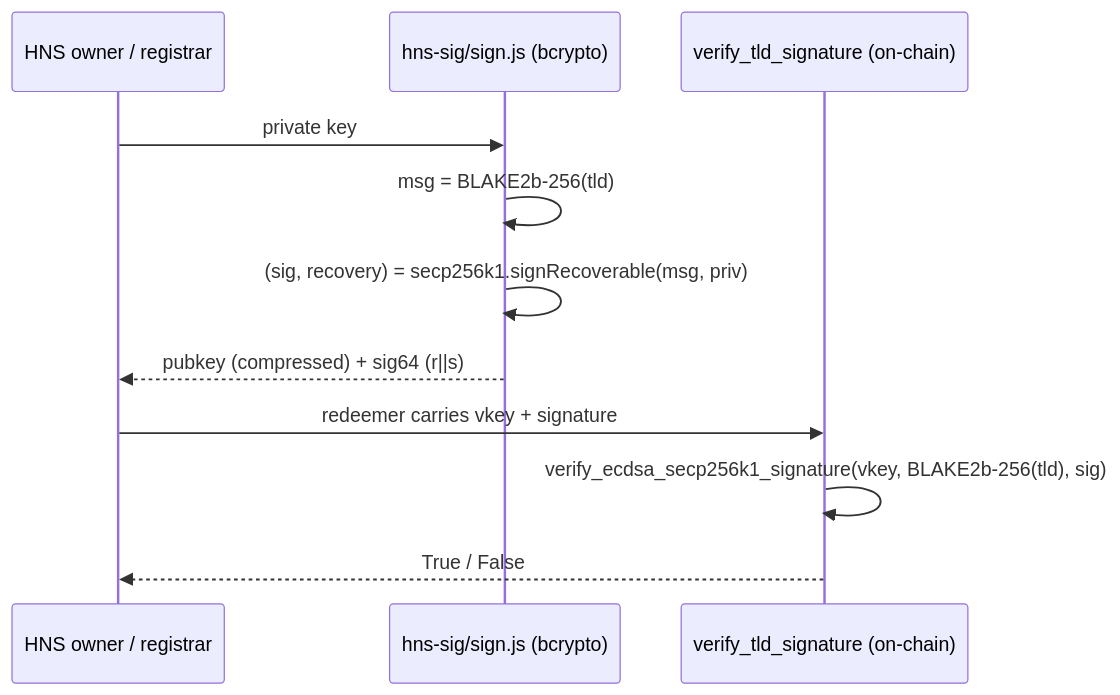
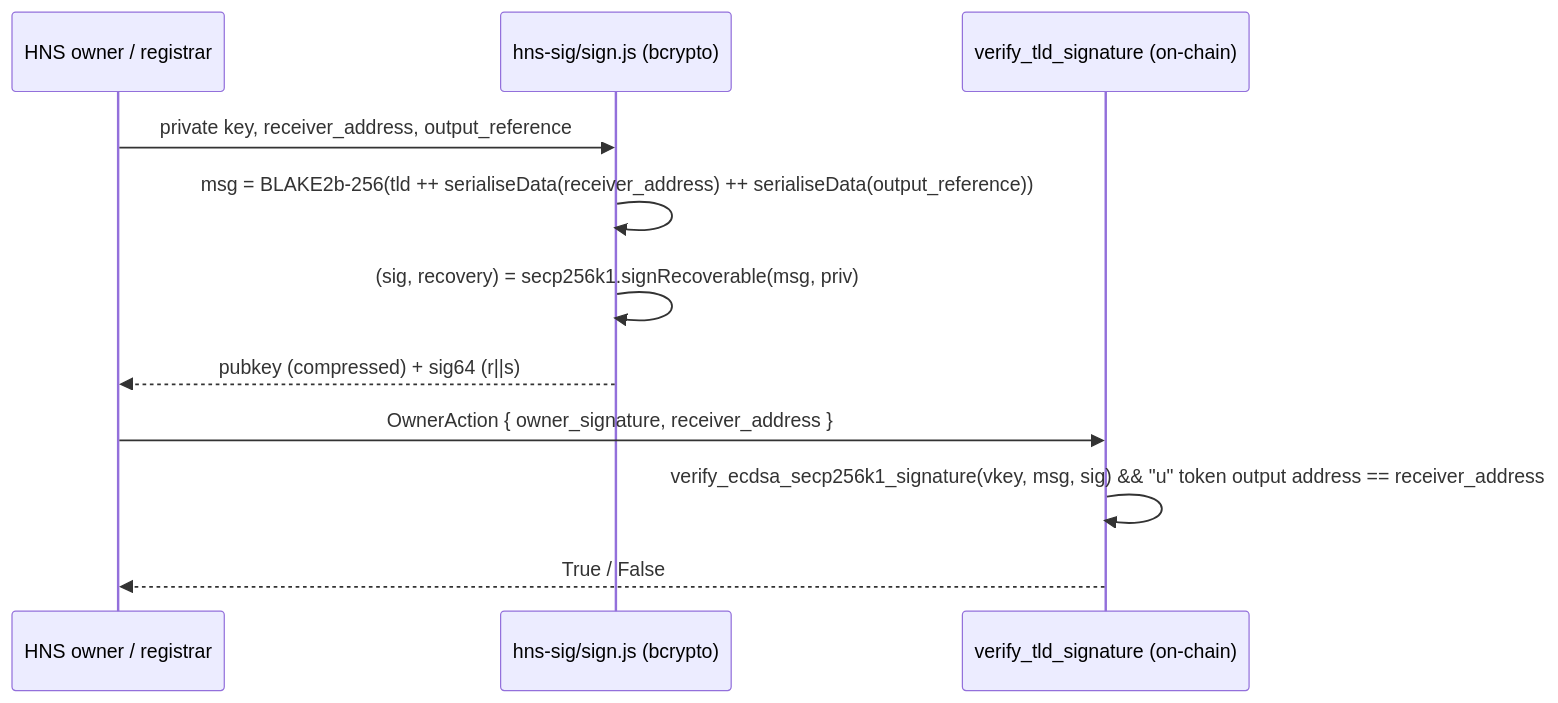
The sixth of 14 diagrams in docs/architecture/smart-contract-architecture.md (blinklabs-io/dns-contracts), drawn with Mermaid before and after one commit. The commit also changed other lines of this file and 20 other files, not shown here.

First line of the commit message:
Registrar NFT auth, OwnerAction signature binding, and minted==1 boundary fixes (#21)

````diff
--- a/docs/architecture/smart-contract-architecture.md
+++ b/docs/architecture/smart-contract-architecture.md
@@ -376,14 +394,14 @@
 ```mermaid
 sequenceDiagram
     participant Owner as HNS owner / registrar
     participant Sign as hns-sig/sign.js (bcrypto)
     participant Chain as verify_tld_signature (on-chain)
 
-    Owner->>Sign: private key
-    Sign->>Sign: msg = BLAKE2b-256(tld)
+    Owner->>Sign: private key, receiver_address, output_reference
+    Sign->>Sign: msg = BLAKE2b-256(tld ++ serialiseData(receiver_address) ++ serialiseData(output_reference))
     Sign->>Sign: (sig, recovery) = secp256k1.signRecoverable(msg, priv)
     Sign-->>Owner: pubkey (compressed) + sig64 (r||s)
-    Owner->>Chain: redeemer carries vkey + signature
-    Chain->>Chain: verify_ecdsa_secp256k1_signature(vkey, BLAKE2b-256(tld), sig)
+    Owner->>Chain: OwnerAction { owner_signature, receiver_address }
+    Chain->>Chain: verify_ecdsa_secp256k1_signature(vkey, msg, sig) && "u" token output address == receiver_address
     Chain-->>Owner: True / False
 ```
````
